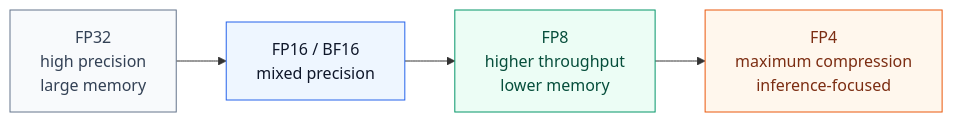
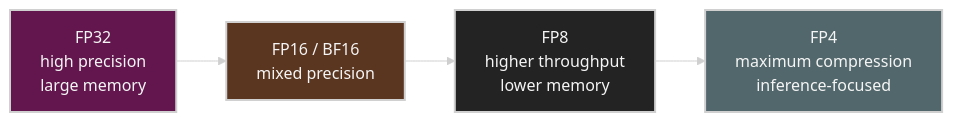
The sixth of 15 diagrams in ai-system-performance-engineering/chap02/README.md (ziwon/ai-data-center-network), drawn with Mermaid before and after one commit. The commit also changed other lines of this file and 35 other files, not shown here.

Commit message:
docs(mermaid): apply dark diagram style

````diff
--- a/ai-system-performance-engineering/chap02/README.md
+++ b/ai-system-performance-engineering/chap02/README.md
@@ -334,14 +339,15 @@
 ```mermaid
+%%{init: {"theme": "base", "themeVariables": {"background": "#171717", "primaryColor": "#232323", "primaryTextColor": "#f5f5f5", "primaryBorderColor": "#d0d0d0", "lineColor": "#cfcfcf", "fontFamily": "Inter, Arial, sans-serif"}}}%%
 flowchart LR
-    classDef p32 fill:#f8fafc,stroke:#64748b,color:#334155
-    classDef p16 fill:#eef6ff,stroke:#2563eb,color:#0f172a
-    classDef p8 fill:#ecfdf5,stroke:#059669,color:#064e3b
-    classDef p4 fill:#fff7ed,stroke:#ea580c,color:#7c2d12
+    classDef p32 fill:#62164d,stroke:#d0d0d0,color:#f5f5f5,stroke-width:2px;
+    classDef p16 fill:#5a3520,stroke:#d0d0d0,color:#f5f5f5,stroke-width:2px;
+    classDef p8 fill:#232323,stroke:#d0d0d0,color:#f5f5f5,stroke-width:2px;
+    classDef p4 fill:#52676b,stroke:#d0d0d0,color:#f5f5f5,stroke-width:2px;
 
     FP32[FP32<br/>high precision<br/>large memory]:::p32
     FP16[FP16 / BF16<br/>mixed precision]:::p16
     FP8[FP8<br/>higher throughput<br/>lower memory]:::p8
     FP4[FP4<br/>maximum compression<br/>inference-focused]:::p4
 
     FP32 --> FP16 --> FP8 --> FP4
 ```
````
